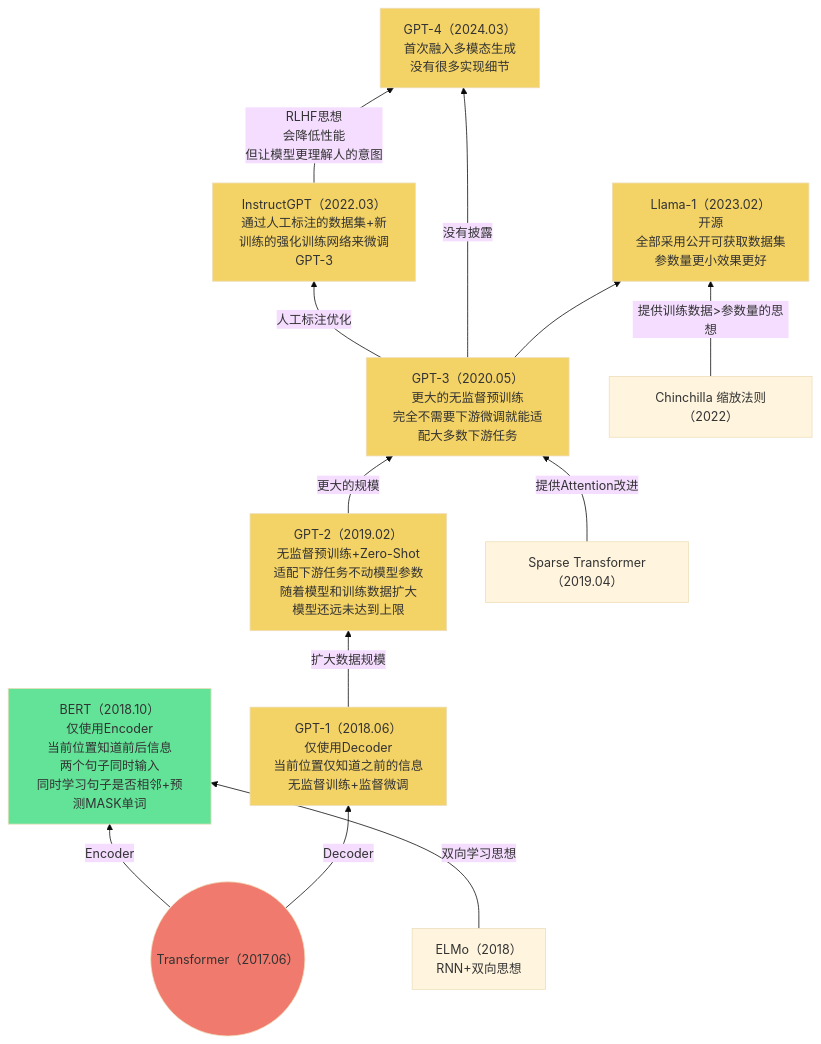
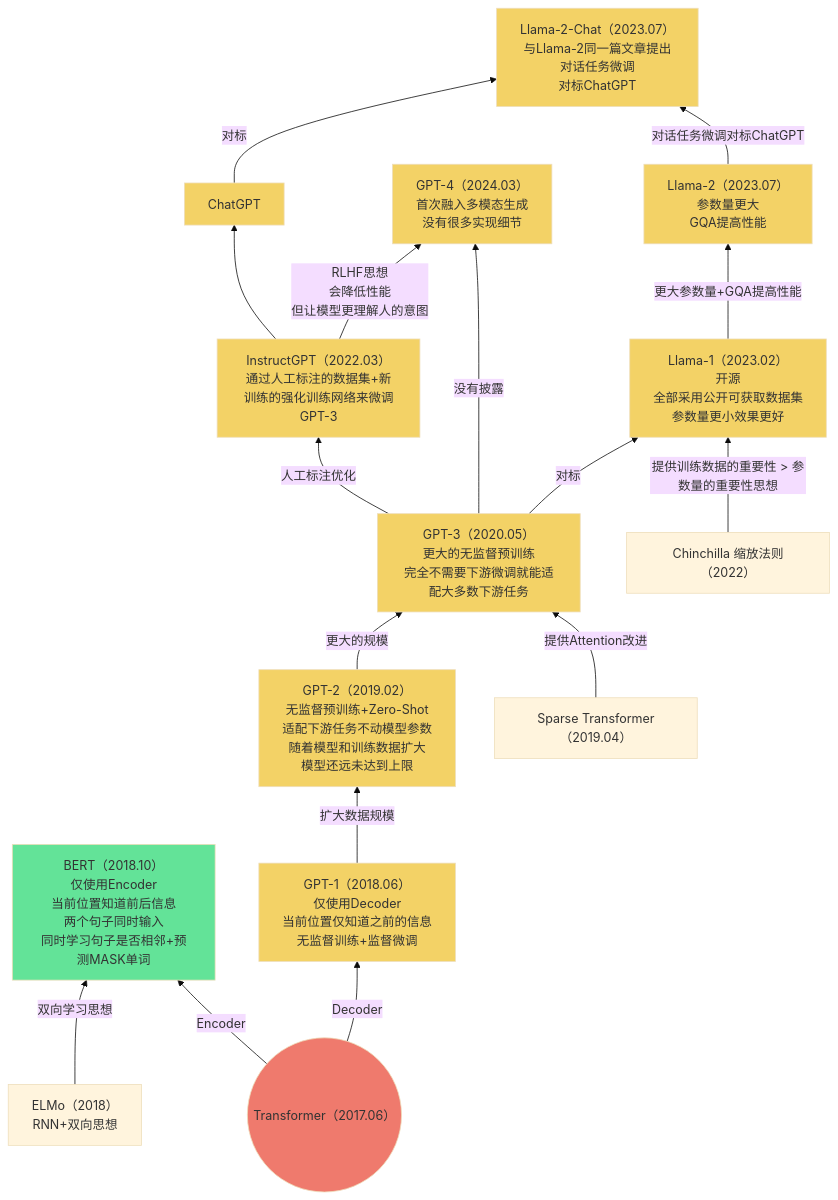
The third of 4 diagrams in Base_Model/LLM/analyse.md (Elephant-King9/Paper), drawn with Mermaid (base theme) before and after one commit. The commit also changed other lines of this file and 4 other files, not shown here.

Commit message:
update_Llama 2: Open Foundation and Fine-Tuned Chat Models

````diff
--- a/Base_Model/LLM/analyse.md
+++ b/Base_Model/LLM/analyse.md
@@ -48,36 +52,46 @@
 ```mermaid
 flowchart BT
+ELMo-->|双向学习思想|BERT
 Transformer-->|Encoder|BERT
 Transformer-->|Decoder|GPT-1
-ELMo-->|双向学习思想|BERT
 GPT-1-->|扩大数据规模|GPT-2
 GPT-2-->|更大的规模|GPT-3
 Sparse_Transformer-->|提供Attention改进|GPT-3
 GPT-3-->|人工标注优化|InstructGPT
+InstructGPT-->ChatGPT
 GPT-3-->|没有披露|GPT-4
-GPT-3-->Llama-1
+GPT-3-->|对标|Llama-1
+Llama-1-->|更大参数量+GQA提高性能|Llama-2
+ChatGPT-->|对标|Llama-2-Chat
+Llama-2-->|对话任务微调对标ChatGPT|Llama-2-Chat
 InstructGPT-->|RLHF思想<br>会降低性能<br>但让模型更理解人的意图|GPT-4
-Training_Compute-Optimal_Large_Language_Models-->|提供训练数据>参数量的思想|Llama-1
+Training_Compute-Optimal_Large_Language_Models-->|提供训练数据的重要性 > 参数量的重要性思想|Llama-1
 
 
 
 Transformer@{ shape: circle, label: "Transformer（2017.06）" }
 				style Transformer fill:#EF7A6D
 GPT-1[GPT-1（2018.06）<br>仅使用Decoder<br>当前位置仅知道之前的信息<br>无监督训练+监督微调]
 	style GPT-1 fill:#F3D266
 BERT[BERT（2018.10）<br>仅使用Encoder<br>当前位置知道前后信息<br>两个句子同时输入<br>同时学习句子是否相邻+预测MASK单词]
 	style BERT fill:#63E398
 ELMo[ELMo（2018）<br>RNN+双向思想]
 GPT-2[GPT-2（2019.02）<br>无监督预训练+Zero-Shot<br>适配下游任务不动模型参数<br>随着模型和训练数据扩大<br>模型还远未达到上限]
 	style GPT-2 fill:#F3D266
 Sparse_Transformer[Sparse Transformer（2019.04）]
 GPT-3[GPT-3（2020.05）<br>更大的无监督预训练<br>完全不需要下游微调就能适配大多数下游任务]
 	style GPT-3 fill:#F3D266
 InstructGPT[InstructGPT（2022.03）<br>通过人工标注的数据集+新训练的强化训练网络来微调GPT-3]
 	style InstructGPT fill:#F3D266
 GPT-4[GPT-4（2024.03）<br>首次融入多模态生成<br>没有很多实现细节]
 	style GPT-4 fill:#F3D266
 Training_Compute-Optimal_Large_Language_Models[Chinchilla 缩放法则（2022）]
 Llama-1[Llama-1（2023.02）<br>开源<br>全部采用公开可获取数据集<br>参数量更小效果更好]
 	style Llama-1 fill:#F3D266
+ChatGPT[ChatGPT]
+	style ChatGPT fill:#F3D266
+Llama-2[Llama-2（2023.07）<br>参数量更大<br>GQA提高性能]
+	style Llama-2 fill:#F3D266
+Llama-2-Chat[Llama-2-Chat（2023.07）<br>与Llama-2同一篇文章提出<br>对话任务微调<br>对标ChatGPT]
+	style Llama-2-Chat fill:#F3D266
 ```
````
